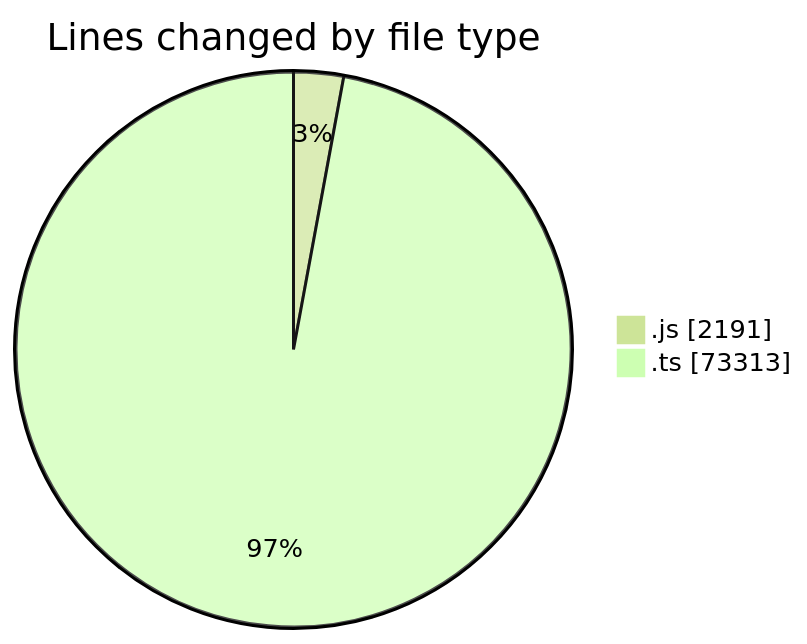
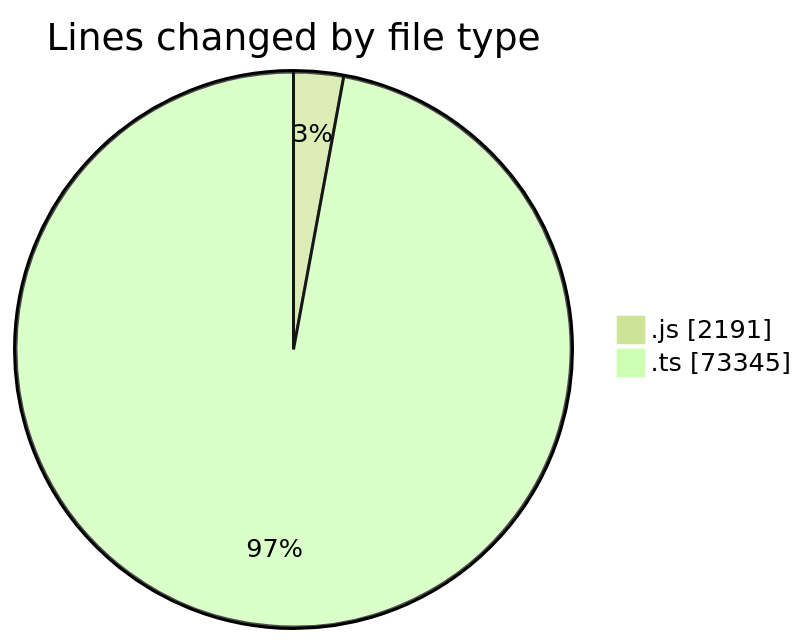
Before and after one commit to momahboobian/code-tracking: the first of 2 diagrams in 2025-06-19/cda/README.md, drawn with Mermaid (forest theme). The commit also changed other lines of this file and 1 other file, not shown here.

````diff
--- a/2025-06-19/cda/README.md
+++ b/2025-06-19/cda/README.md
@@ -40,6 +40,6 @@
 ```mermaid
 pie showData
 title Lines changed by file type
 ".js" : 2191
-".ts" : 73313
+".ts" : 73345
 ```
````
